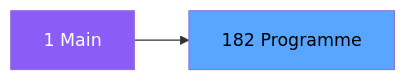
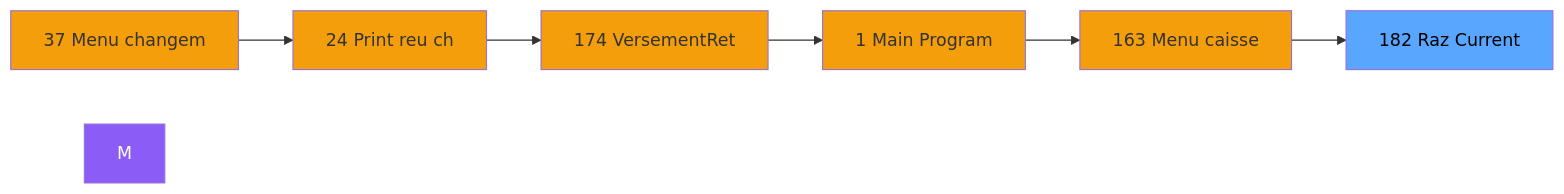
One commit to thonyAGP/magic-migration changed the second of 3 diagrams in .openspec/specs/ADH-IDE-182.md. Above: the diagram before and after it, drawn with Mermaid. The commit also changed other lines of this file and 323 other files, not shown here.

````diff
--- a/.openspec/specs/ADH-IDE-182.md
+++ b/.openspec/specs/ADH-IDE-182.md
@@ -98,8 +109,21 @@
 ```mermaid
 graph LR
-    M[1 Main]
-    T[182 Programme]
-    M --> T
+    N37[37 Menu changem]
+    N24[24 Print reu ch]
+    N174[174 VersementRet]
+    N1[1 Main Program]
+    N163[163 Menu caisse ]
+    T[182 Raz Current ]
+    N37 --> N24
+    N24 --> N174
+    N174 --> N1
+    N1 --> N163
+    N163 --> T
     style M fill:#8b5cf6,color:#fff
+    style N37 fill:#f59e0b
+    style N24 fill:#f59e0b
+    style N174 fill:#f59e0b
+    style N1 fill:#f59e0b
+    style N163 fill:#f59e0b
     style T fill:#58a6ff,color:#000
 ```
````
